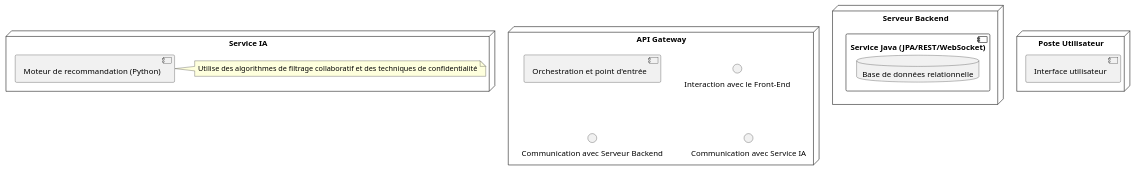
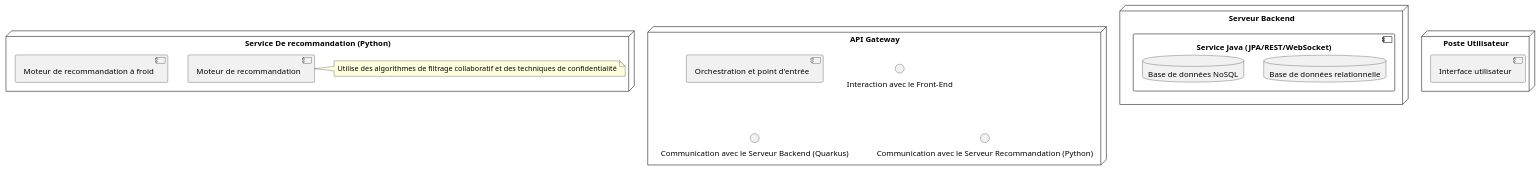
The diagram in UML/diag_deploiement/diag_deploiement.puml (LeVraisPeg/backlog-repo), drawn with PlantUML before and after one commit. The commit also changed 2 other files, not shown here.

```diff
--- a/UML/diag_deploiement/diag_deploiement.puml
+++ b/UML/diag_deploiement/diag_deploiement.puml
@@ -1,26 +1,28 @@
 @startuml
 node "Serveur Backend" {
     component "Service Java (JPA/REST/WebSocket)" {
         database "Base de données relationnelle"
+        database "Base de données NoSQL"
     }
 }
 
-node "Service IA" {
-    component "Moteur de recommandation (Python)"
-    note right of "Moteur de recommandation (Python)"
+node "Service De recommandation (Python)" {
+    component "Moteur de recommandation"
+    note right of "Moteur de recommandation"
         Utilise des algorithmes de filtrage collaboratif et des techniques de confidentialité
     end note
+    component "Moteur de recommandation à froid"
 }
 
 node "API Gateway" {
     component "Orchestration et point d'entrée"
     interface "Interaction avec le Front-End"
-    interface "Communication avec Serveur Backend"
-    interface "Communication avec Service IA"
+    interface "Communication avec le Serveur Backend (Quarkus)"
+    interface "Communication avec le Serveur Recommandation (Python)"
 }
 
 node "Poste Utilisateur" {
     component "Interface utilisateur"
 }
 
 @enduml
```
